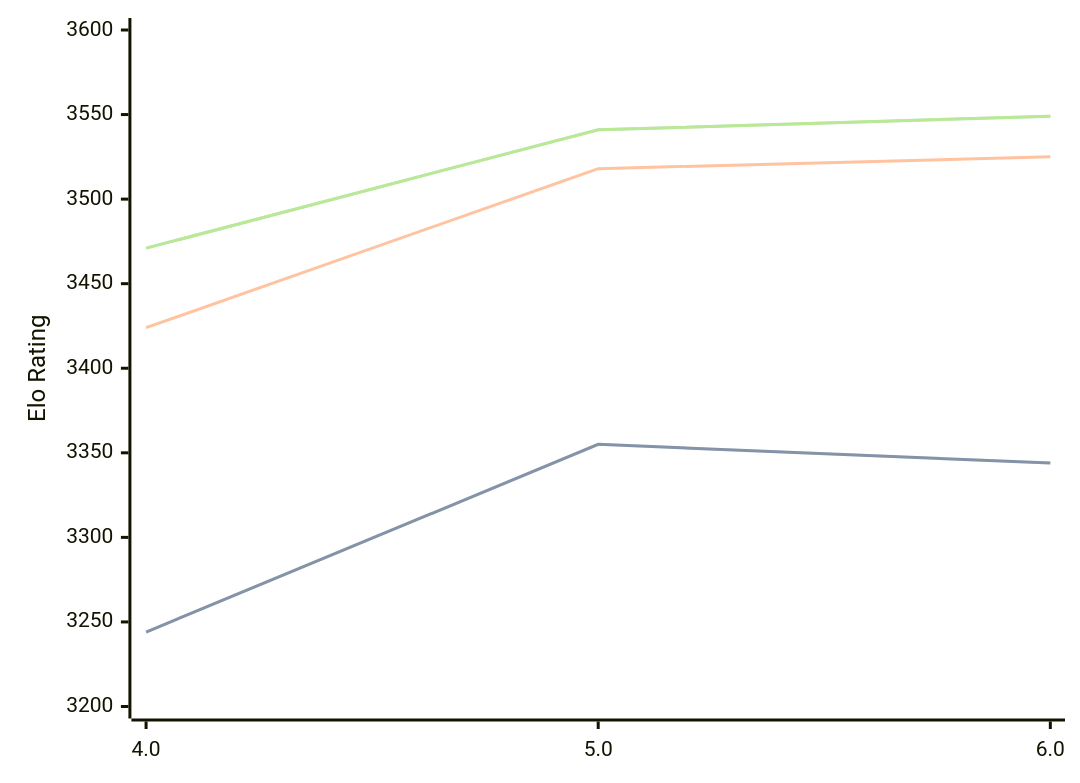
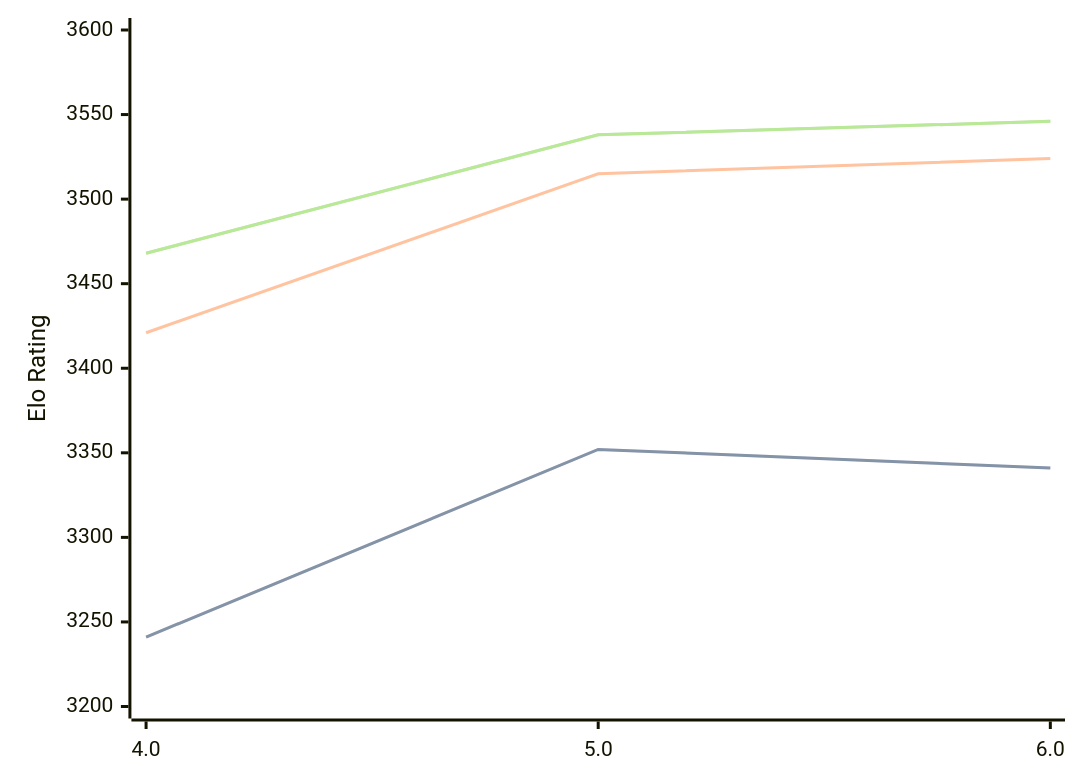
One commit to computer-chess-index/cci changed the diagram in engines/Tarnished.md. Above: the diagram before and after it, drawn with Mermaid. The commit also changed other lines of this file, not shown here.

Commit message:
Update CCI Ratings (ELO VLTC) - 2026-08-12

````diff
--- a/engines/Tarnished.md
+++ b/engines/Tarnished.md
@@ -33,11 +33,11 @@
 ```mermaid
 %%{init: {"theme":"base","themeVariables":{"seriesColors:['#a3a3a3','#222221','#faa371']}}}%%
 xychart-beta
   x-axis ["4.0", "5.0", "6.0"]
   y-axis "Elo Rating" 3200 --> 3600
-  line "STC (8.0+0.08s)" [3244, 3355, 3344]
-  line "STC (8.0+0.08s)" [3244, 3355, 3344]
-  line "LTC (60.0+0.60s)" [3424, 3518, 3525]
-  line "VLTC (2m24s+1.12s)" [3471, 3541, 3549]
-  line "VLTC (2m24s+1.12s)" [3471, 3541, 3549]
+  line "STC (8.0+0.08s)" [3241, 3352, 3341]
+  line "STC (8.0+0.08s)" [3241, 3352, 3341]
+  line "LTC (60.0+0.60s)" [3421, 3515, 3524]
+  line "VLTC (2m24s+1.12s)" [3468, 3538, 3546]
+  line "VLTC (2m24s+1.12s)" [3468, 3538, 3546]
 ```
````
